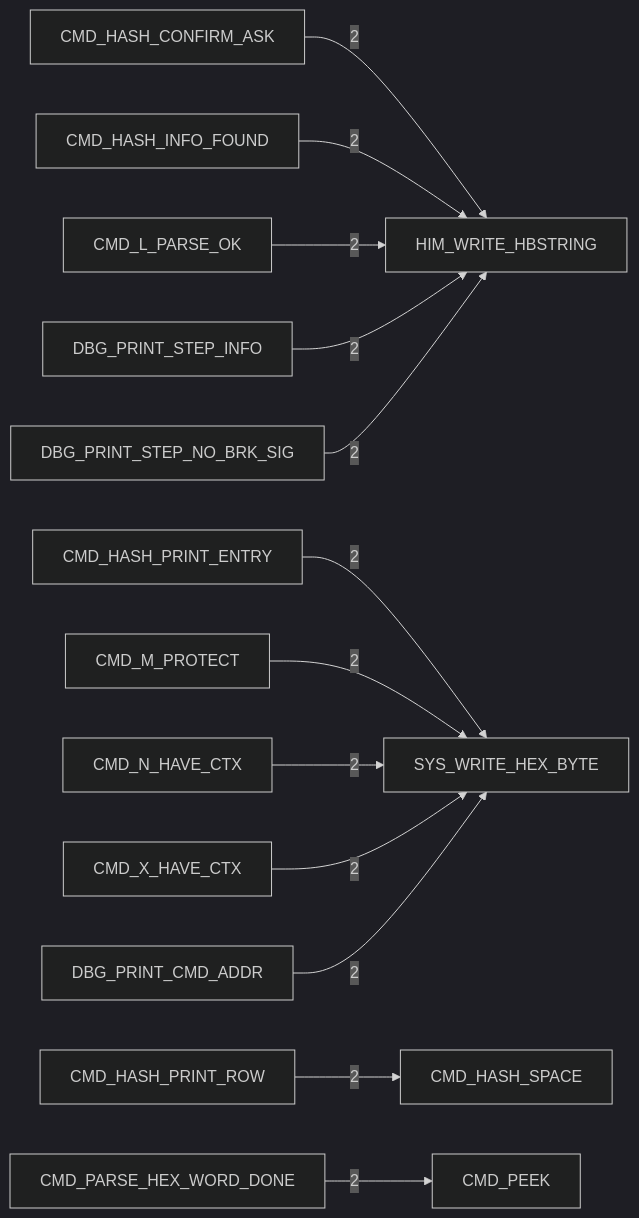
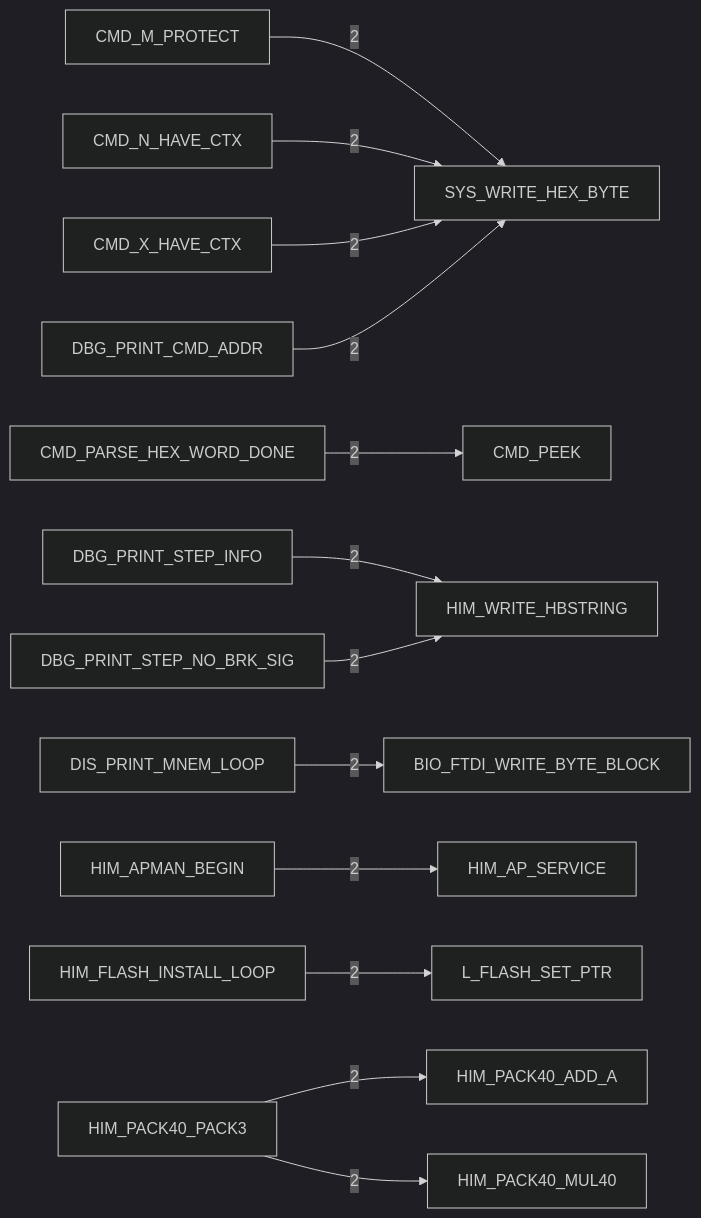
The fourth of 6 diagrams in DOC/GENERATED/HIMON_ROUTINE_TREE.md (95westus/R-YORS), drawn with Mermaid (dark theme) before and after one commit. The commit also changed other lines of this file and 243 other files, not shown here.

````diff
--- a/DOC/GENERATED/HIMON_ROUTINE_TREE.md
+++ b/DOC/GENERATED/HIMON_ROUTINE_TREE.md
@@ -62,15 +62,15 @@
 ```mermaid
 flowchart LR
-    N_CMD_HASH_CONFIRM_ASK[CMD_HASH_CONFIRM_ASK] -->|2| N_HIM_WRITE_HBSTRING[HIM_WRITE_HBSTRING]
-    N_CMD_HASH_INFO_FOUND[CMD_HASH_INFO_FOUND] -->|2| N_HIM_WRITE_HBSTRING[HIM_WRITE_HBSTRING]
-    N_CMD_HASH_PRINT_ENTRY[CMD_HASH_PRINT_ENTRY] -->|2| N_SYS_WRITE_HEX_BYTE[SYS_WRITE_HEX_BYTE]
-    N_CMD_HASH_PRINT_ROW[CMD_HASH_PRINT_ROW] -->|2| N_CMD_HASH_SPACE[CMD_HASH_SPACE]
-    N_CMD_L_PARSE_OK[CMD_L_PARSE_OK] -->|2| N_HIM_WRITE_HBSTRING[HIM_WRITE_HBSTRING]
     N_CMD_M_PROTECT[CMD_M_PROTECT] -->|2| N_SYS_WRITE_HEX_BYTE[SYS_WRITE_HEX_BYTE]
     N_CMD_N_HAVE_CTX[CMD_N_HAVE_CTX] -->|2| N_SYS_WRITE_HEX_BYTE[SYS_WRITE_HEX_BYTE]
     N_CMD_PARSE_HEX_WORD_DONE[CMD_PARSE_HEX_WORD_DONE] -->|2| N_CMD_PEEK[CMD_PEEK]
     N_CMD_X_HAVE_CTX[CMD_X_HAVE_CTX] -->|2| N_SYS_WRITE_HEX_BYTE[SYS_WRITE_HEX_BYTE]
     N_DBG_PRINT_CMD_ADDR[DBG_PRINT_CMD_ADDR] -->|2| N_SYS_WRITE_HEX_BYTE[SYS_WRITE_HEX_BYTE]
     N_DBG_PRINT_STEP_INFO[DBG_PRINT_STEP_INFO] -->|2| N_HIM_WRITE_HBSTRING[HIM_WRITE_HBSTRING]
     N_DBG_PRINT_STEP_NO_BRK_SIG[DBG_PRINT_STEP_NO_BRK_SIG] -->|2| N_HIM_WRITE_HBSTRING[HIM_WRITE_HBSTRING]
+    N_DIS_PRINT_MNEM_LOOP[DIS_PRINT_MNEM_LOOP] -->|2| N_BIO_FTDI_WRITE_BYTE_BLOCK[BIO_FTDI_WRITE_BYTE_BLOCK]
+    N_HIM_APMAN_BEGIN[HIM_APMAN_BEGIN] -->|2| N_HIM_AP_SERVICE[HIM_AP_SERVICE]
+    N_HIM_FLASH_INSTALL_LOOP[HIM_FLASH_INSTALL_LOOP] -->|2| N_L_FLASH_SET_PTR[L_FLASH_SET_PTR]
+    N_HIM_PACK40_PACK3[HIM_PACK40_PACK3] -->|2| N_HIM_PACK40_ADD_A[HIM_PACK40_ADD_A]
+    N_HIM_PACK40_PACK3[HIM_PACK40_PACK3] -->|2| N_HIM_PACK40_MUL40[HIM_PACK40_MUL40]
 ```
````
